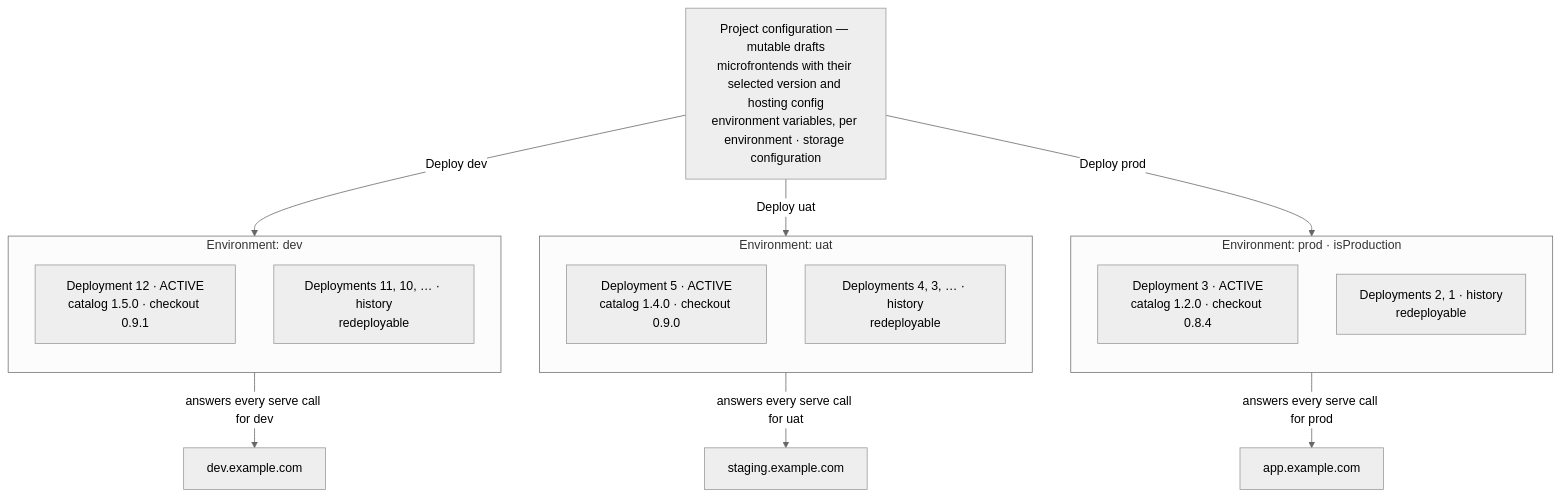
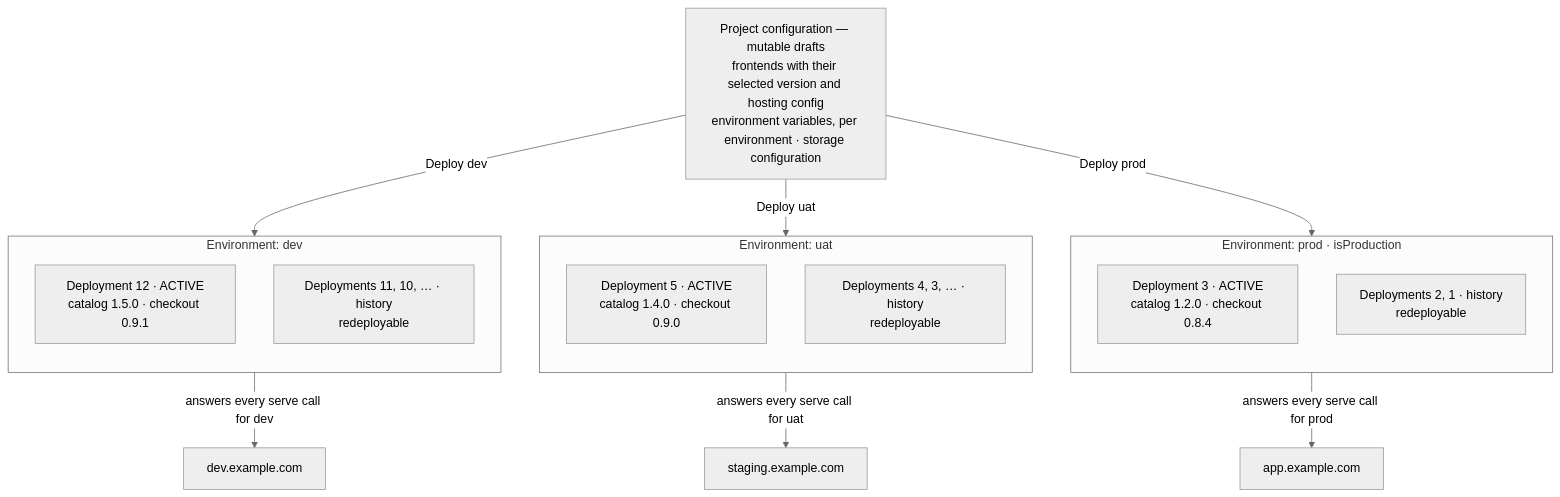
The second of 4 diagrams in docs/architecture.md (mfe-orchestrator/documentation), drawn with Mermaid (neutral theme) before and after one commit. The commit also changed other lines of this file and 72 other files, not shown here.

````diff
--- a/docs/architecture.md
+++ b/docs/architecture.md
@@ -121,30 +121,30 @@
 ```mermaid
 flowchart TB
-    cfg["Project configuration — mutable drafts<br/>microfrontends with their selected version and hosting config<br/>environment variables, per environment · storage configuration"]
+    cfg["Project configuration — mutable drafts<br/>frontends with their selected version and hosting config<br/>environment variables, per environment · storage configuration"]
 
     subgraph prod["Environment: prod · isProduction"]
         direction TB
         prodA["Deployment 3 · ACTIVE<br/>catalog 1.2.0 · checkout 0.8.4"]
         prodH["Deployments 2, 1 · history<br/>redeployable"]
     end
 
     subgraph uat["Environment: uat"]
         direction TB
         uatA["Deployment 5 · ACTIVE<br/>catalog 1.4.0 · checkout 0.9.0"]
         uatH["Deployments 4, 3, … · history<br/>redeployable"]
     end
 
     subgraph dev["Environment: dev"]
         direction TB
         devA["Deployment 12 · ACTIVE<br/>catalog 1.5.0 · checkout 0.9.1"]
         devH["Deployments 11, 10, … · history<br/>redeployable"]
     end
 
     cfg -->|"Deploy dev"| dev
     cfg -->|"Deploy uat"| uat
     cfg -->|"Deploy prod"| prod
 
     devA -->|"answers every serve call for dev"| serveDev["dev.example.com"]
     uatA -->|"answers every serve call for uat"| serveUat["staging.example.com"]
     prodA -->|"answers every serve call for prod"| serveProd["app.example.com"]
 ```
````
